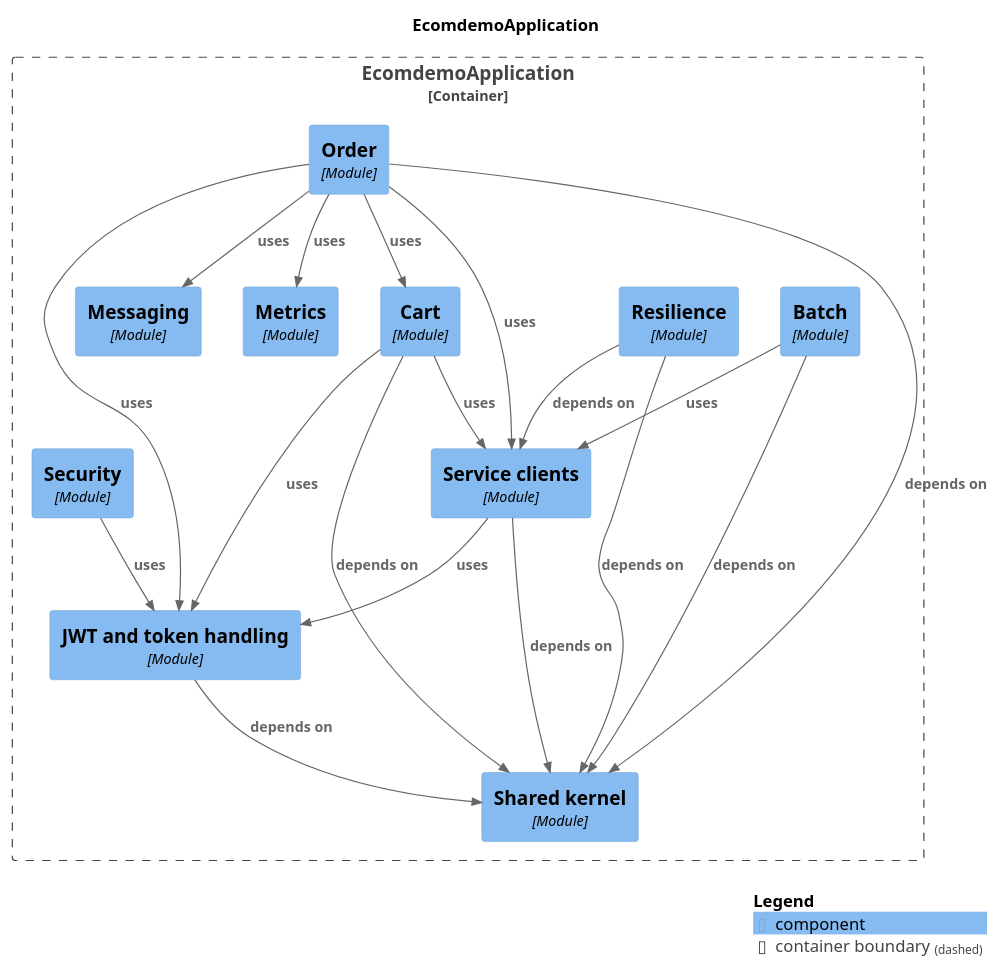
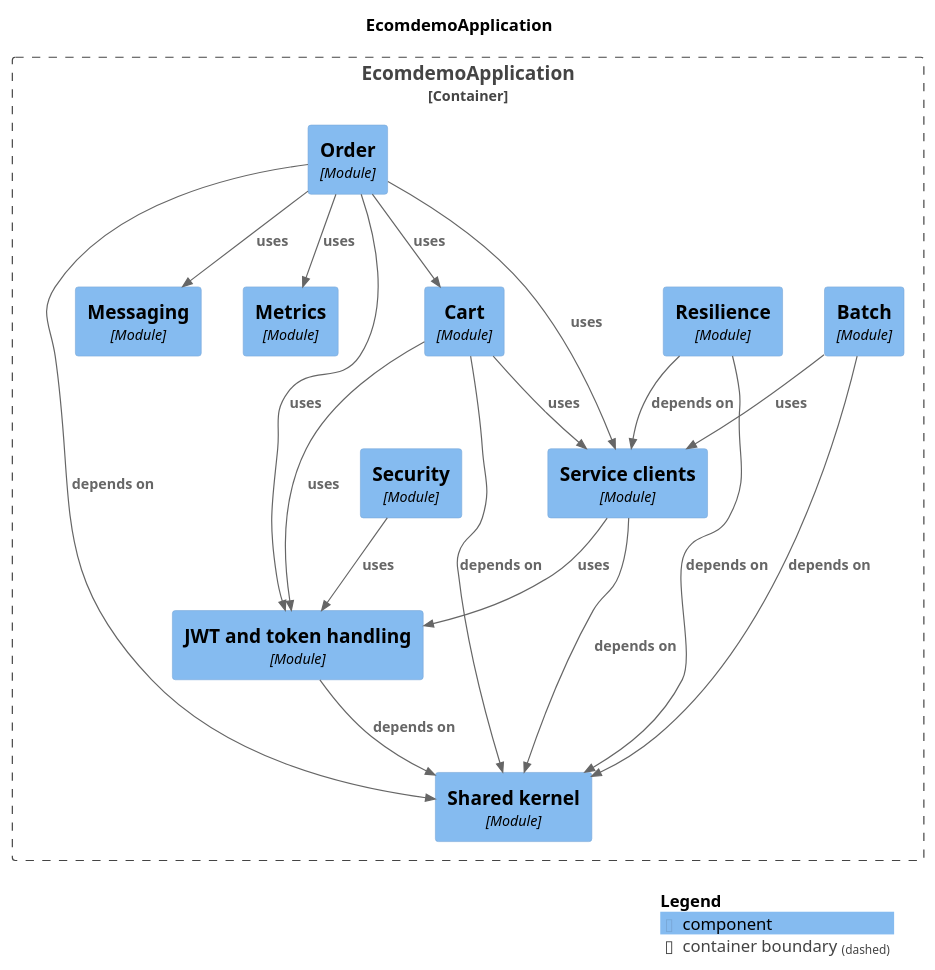
Before and after one commit to mr-sujay-patil/ecomdemo: the diagram in docs/modules/components.puml, drawn with PlantUML. The commit also changed other lines of this file and 3 other files, not shown here.

```diff
--- a/docs/modules/components.puml
+++ b/docs/modules/components.puml
@@ -1,43 +1,43 @@
 @startuml
 set separator none
 title EcomdemoApplication
 
 top to bottom direction
 
 !include <C4/C4>
 !include <C4/C4_Context>
 !include <C4/C4_Component>
 
 Container_Boundary("EcomdemoApplication.EcomdemoApplication_boundary", "EcomdemoApplication", $tags="") {
+  Component(EcomdemoApplication.EcomdemoApplication.Security, "Security", $techn="Module", $descr="", $tags="", $link="")
   Component(EcomdemoApplication.EcomdemoApplication.Batch, "Batch", $techn="Module", $descr="", $tags="", $link="")
   Component(EcomdemoApplication.EcomdemoApplication.Cart, "Cart", $techn="Module", $descr="", $tags="", $link="")
   Component(EcomdemoApplication.EcomdemoApplication.Resilience, "Resilience", $techn="Module", $descr="", $tags="", $link="")
   Component(EcomdemoApplication.EcomdemoApplication.Order, "Order", $techn="Module", $descr="", $tags="", $link="")
   Component(EcomdemoApplication.EcomdemoApplication.Messaging, "Messaging", $techn="Module", $descr="", $tags="", $link="")
   Component(EcomdemoApplication.EcomdemoApplication.Metrics, "Metrics", $techn="Module", $descr="", $tags="", $link="")
   Component(EcomdemoApplication.EcomdemoApplication.Sharedkernel, "Shared kernel", $techn="Module", $descr="", $tags="", $link="")
   Component(EcomdemoApplication.EcomdemoApplication.JWTandtokenhandling, "JWT and token handling", $techn="Module", $descr="", $tags="", $link="")
   Component(EcomdemoApplication.EcomdemoApplication.Serviceclients, "Service clients", $techn="Module", $descr="", $tags="", $link="")
-  Component(EcomdemoApplication.EcomdemoApplication.Security, "Security", $techn="Module", $descr="", $tags="", $link="")
 }
 
 Rel(EcomdemoApplication.EcomdemoApplication.Batch, EcomdemoApplication.EcomdemoApplication.Serviceclients, "uses", $techn="", $tags="", $link="")
 Rel(EcomdemoApplication.EcomdemoApplication.Batch, EcomdemoApplication.EcomdemoApplication.Sharedkernel, "depends on", $techn="", $tags="", $link="")
 Rel(EcomdemoApplication.EcomdemoApplication.Cart, EcomdemoApplication.EcomdemoApplication.JWTandtokenhandling, "uses", $techn="", $tags="", $link="")
 Rel(EcomdemoApplication.EcomdemoApplication.Cart, EcomdemoApplication.EcomdemoApplication.Serviceclients, "uses", $techn="", $tags="", $link="")
 Rel(EcomdemoApplication.EcomdemoApplication.Cart, EcomdemoApplication.EcomdemoApplication.Sharedkernel, "depends on", $techn="", $tags="", $link="")
 Rel(EcomdemoApplication.EcomdemoApplication.JWTandtokenhandling, EcomdemoApplication.EcomdemoApplication.Sharedkernel, "depends on", $techn="", $tags="", $link="")
 Rel(EcomdemoApplication.EcomdemoApplication.Order, EcomdemoApplication.EcomdemoApplication.Cart, "uses", $techn="", $tags="", $link="")
 Rel(EcomdemoApplication.EcomdemoApplication.Order, EcomdemoApplication.EcomdemoApplication.JWTandtokenhandling, "uses", $techn="", $tags="", $link="")
 Rel(EcomdemoApplication.EcomdemoApplication.Order, EcomdemoApplication.EcomdemoApplication.Messaging, "uses", $techn="", $tags="", $link="")
 Rel(EcomdemoApplication.EcomdemoApplication.Order, EcomdemoApplication.EcomdemoApplication.Metrics, "uses", $techn="", $tags="", $link="")
 Rel(EcomdemoApplication.EcomdemoApplication.Order, EcomdemoApplication.EcomdemoApplication.Serviceclients, "uses", $techn="", $tags="", $link="")
 Rel(EcomdemoApplication.EcomdemoApplication.Order, EcomdemoApplication.EcomdemoApplication.Sharedkernel, "depends on", $techn="", $tags="", $link="")
 Rel(EcomdemoApplication.EcomdemoApplication.Resilience, EcomdemoApplication.EcomdemoApplication.Serviceclients, "depends on", $techn="", $tags="", $link="")
 Rel(EcomdemoApplication.EcomdemoApplication.Resilience, EcomdemoApplication.EcomdemoApplication.Sharedkernel, "depends on", $techn="", $tags="", $link="")
 Rel(EcomdemoApplication.EcomdemoApplication.Security, EcomdemoApplication.EcomdemoApplication.JWTandtokenhandling, "uses", $techn="", $tags="", $link="")
 Rel(EcomdemoApplication.EcomdemoApplication.Serviceclients, EcomdemoApplication.EcomdemoApplication.JWTandtokenhandling, "uses", $techn="", $tags="", $link="")
 Rel(EcomdemoApplication.EcomdemoApplication.Serviceclients, EcomdemoApplication.EcomdemoApplication.Sharedkernel, "depends on", $techn="", $tags="", $link="")
 
 SHOW_LEGEND(true)
 @enduml
```
